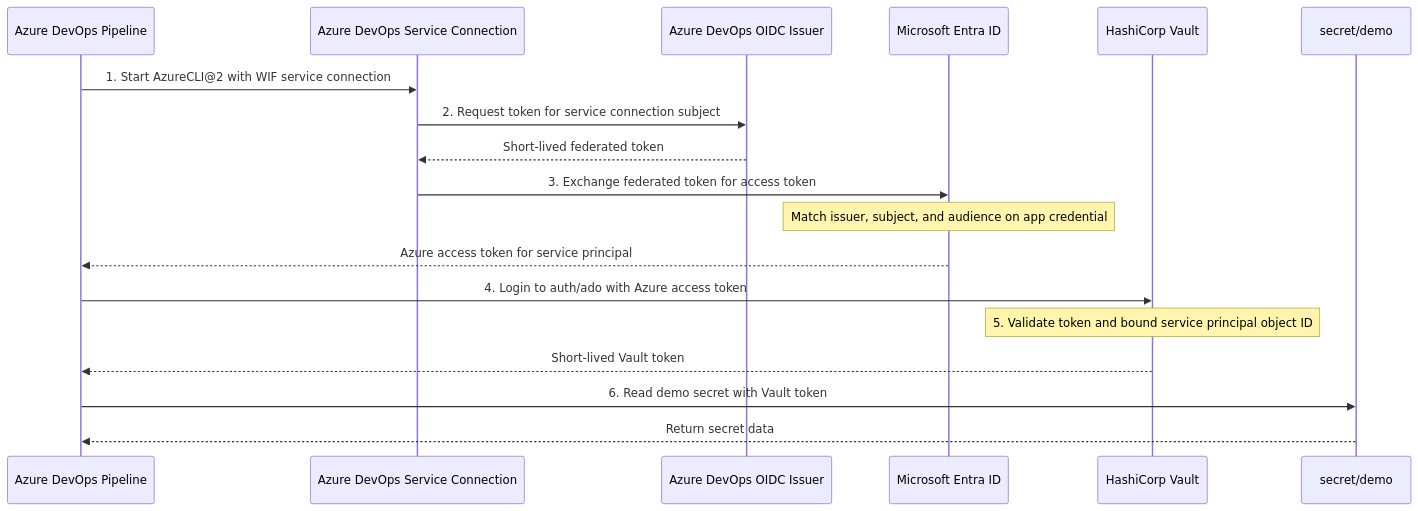
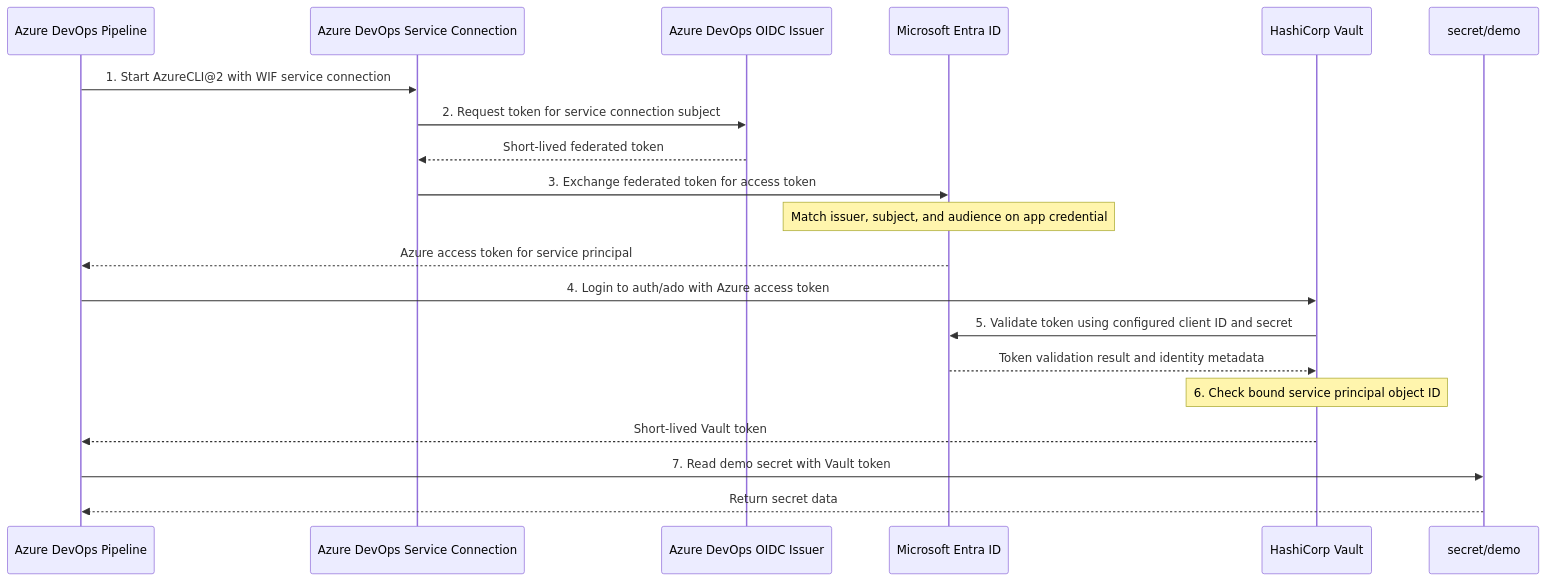
The diagram in terraform/README.md (songlining/vault-ado), drawn with Mermaid before and after one commit. The commit also changed other lines of this file, not shown here.

Commit message:
docs: clarify Vault token validation flow

````diff
--- a/terraform/README.md
+++ b/terraform/README.md
@@ -38,21 +39,23 @@
 ```mermaid
 sequenceDiagram
   participant Pipeline as Azure DevOps Pipeline
   participant ADO as Azure DevOps Service Connection
   participant OIDC as Azure DevOps OIDC Issuer
   participant Entra as Microsoft Entra ID
   participant Vault as HashiCorp Vault
   participant Secret as secret/demo
 
   Pipeline->>ADO: 1. Start AzureCLI@2 with WIF service connection
   ADO->>OIDC: 2. Request token for service connection subject
   OIDC-->>ADO: Short-lived federated token
   ADO->>Entra: 3. Exchange federated token for access token
   Note over Entra: Match issuer, subject, and audience on app credential
   Entra-->>Pipeline: Azure access token for service principal
   Pipeline->>Vault: 4. Login to auth/ado with Azure access token
-  Note over Vault: 5. Validate token and bound service principal object ID
+  Vault->>Entra: 5. Validate token using configured client ID and secret
+  Entra-->>Vault: Token validation result and identity metadata
+  Note over Vault: 6. Check bound service principal object ID
   Vault-->>Pipeline: Short-lived Vault token
-  Pipeline->>Secret: 6. Read demo secret with Vault token
+  Pipeline->>Secret: 7. Read demo secret with Vault token
   Secret-->>Pipeline: Return secret data
 ```
````
